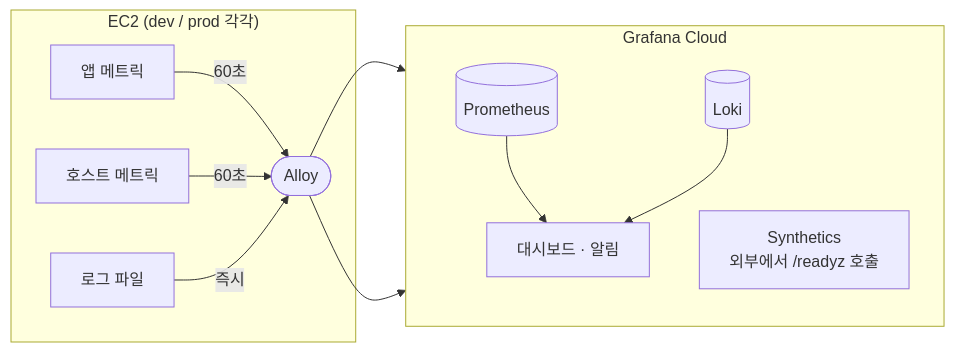
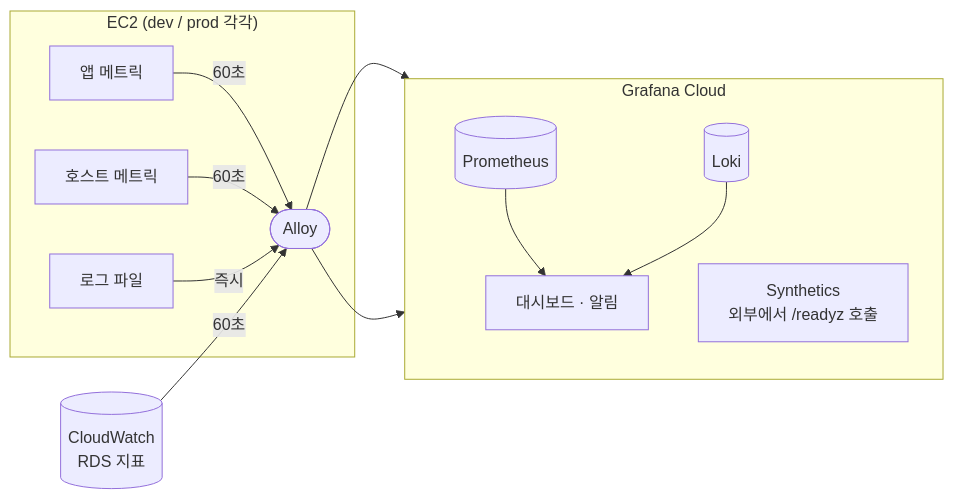
Before and after one commit to woowacourse-teams/2026-Devica: the diagram in docs/모니터링_구성.md, drawn with Mermaid. The commit also changed other lines of this file and 1 other file, not shown here.

First line of the commit message:
chore: RDS 지표를 CloudWatch 에서 수집

````diff
--- a/docs/모니터링_구성.md
+++ b/docs/모니터링_구성.md
@@ -9,25 +9,28 @@
 ```mermaid
 flowchart LR
   subgraph EC2["EC2 (dev / prod 각각)"]
     app["앱 메트릭"]
     host["호스트 메트릭"]
     logs["로그 파일"]
     alloy(["Alloy"])
     app -->|60초| alloy
     host -->|60초| alloy
     logs -->|즉시| alloy
   end
+
+  cw[("CloudWatch<br/>RDS 지표")]
+  cw -->|60초| alloy
 
   subgraph GC["Grafana Cloud"]
     direction TB
     prom[("Prometheus")]
     loki[("Loki")]
     view["대시보드 · 알림"]
     syn["Synthetics<br/>외부에서 /readyz 호출"]
   end
 
   alloy --> prom
   alloy --> loki
   prom --> view
   loki --> view
 ```
````
